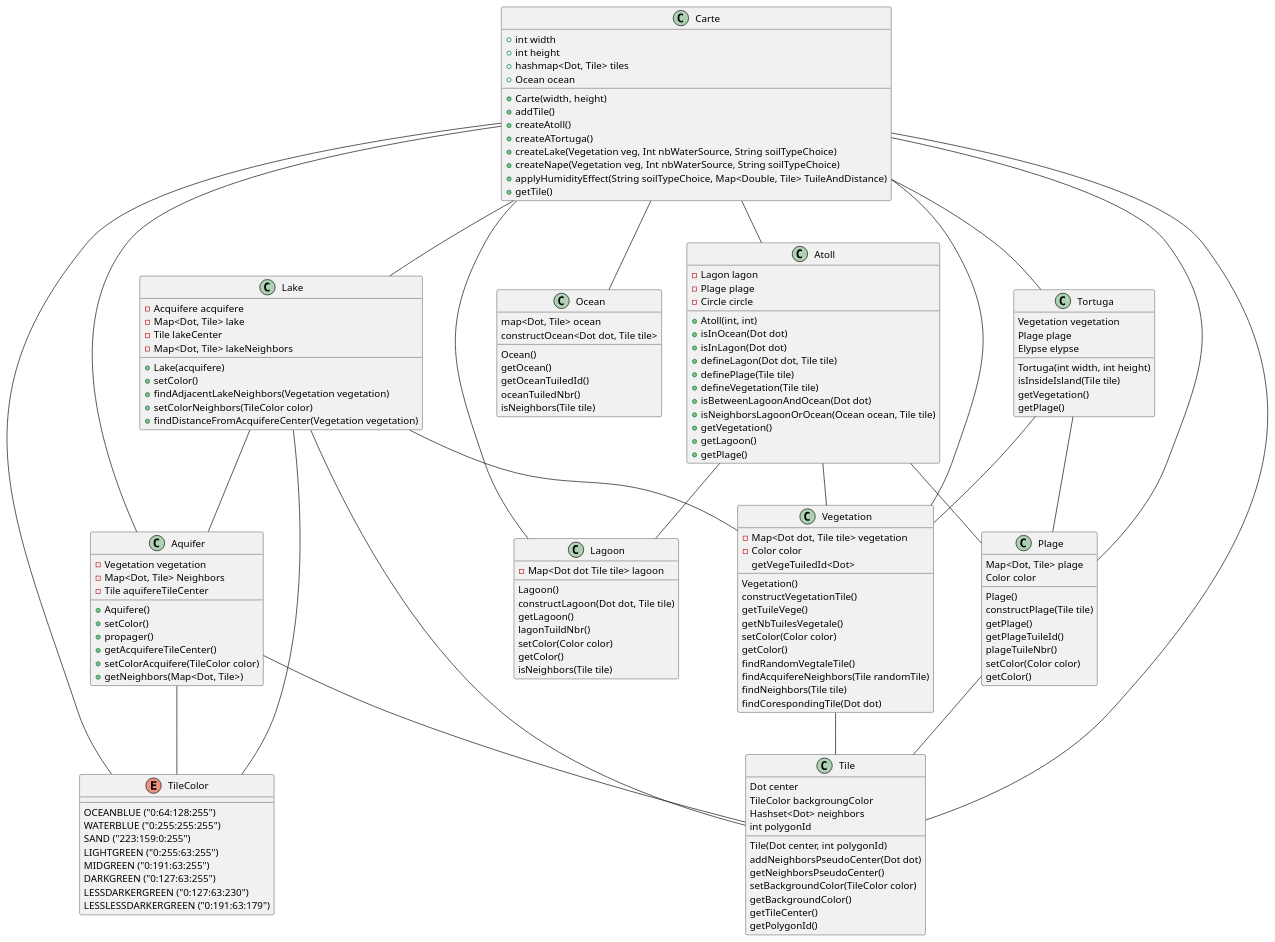
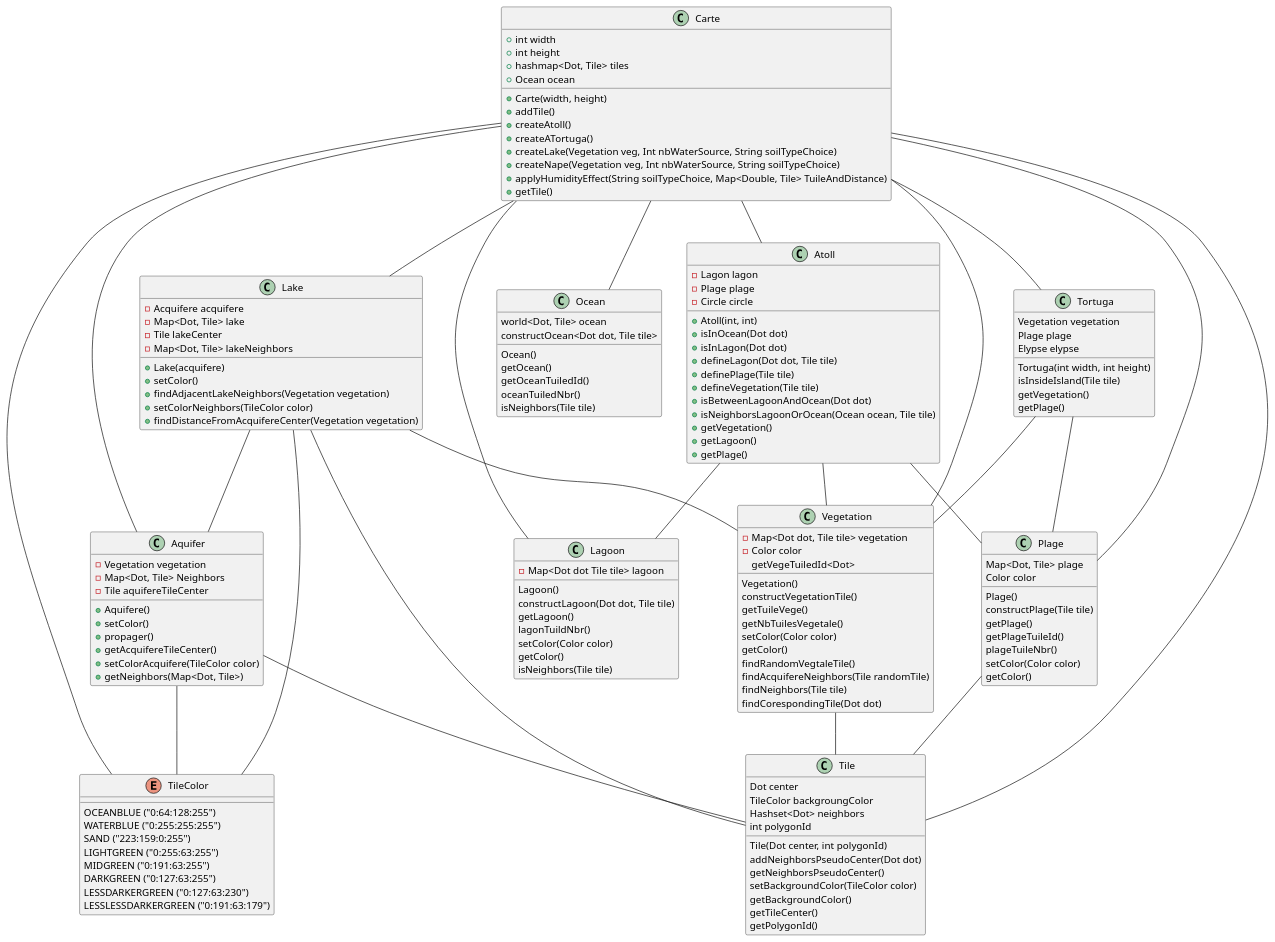
The diagram in diagrammeDeClasse_map.puml (cryptoswarm/terrain-generator), drawn with PlantUML before and after one commit. The commit also changed 16 other files, not shown here.

```diff
--- a/diagrammeDeClasse_map.puml
+++ b/diagrammeDeClasse_map.puml
@@ -1,169 +1,169 @@
 @startuml
 
 class Aquifer {
     - Vegetation vegetation
     - Map<Dot, Tile> Neighbors
     - Tile aquifereTileCenter
     + Aquifere()
     + setColor()
     + propager()
     + getAcquifereTileCenter()
     + setColorAcquifere(TileColor color)
     + getNeighbors(Map<Dot, Tile>)
 }
 
 class Atoll {
     - Lagon lagon
     - Plage plage
     - Circle circle
     + Atoll(int, int)
     + isInOcean(Dot dot)
     + isInLagon(Dot dot)
     + defineLagon(Dot dot, Tile tile)
     + definePlage(Tile tile)
     + defineVegetation(Tile tile)
     + isBetweenLagoonAndOcean(Dot dot)
     + isNeighborsLagoonOrOcean(Ocean ocean, Tile tile)
     + getVegetation()
     + getLagoon()
     + getPlage()
 }
 
 class Carte{
     + int width
     + int height
     + hashmap<Dot, Tile> tiles
     + Ocean ocean
     + Carte(width, height)
     + addTile()
     + createAtoll()
     + createATortuga()
     + createLake(Vegetation veg, Int nbWaterSource, String soilTypeChoice)
     + createNape(Vegetation veg, Int nbWaterSource, String soilTypeChoice)
     + applyHumidityEffect(String soilTypeChoice, Map<Double, Tile> TuileAndDistance)
     + getTile()
 }
 class Lagoon {
     - Map<Dot dot Tile tile> lagoon
     Lagoon()
     constructLagoon(Dot dot, Tile tile)
     getLagoon()
     lagonTuildNbr()
     setColor(Color color)
     getColor()
     isNeighbors(Tile tile)
 }
 
 class Lake{
     - Acquifere acquifere
     - Map<Dot, Tile> lake
     - Tile lakeCenter
     - Map<Dot, Tile> lakeNeighbors
     + Lake(acquifere)
     + setColor()
     + findAdjacentLakeNeighbors(Vegetation vegetation)
     + setColorNeighbors(TileColor color)
     + findDistanceFromAcquifereCenter(Vegetation vegetation)
 }
 class Ocean{
-    map<Dot, Tile> ocean
+    world<Dot, Tile> ocean
     Ocean()
     constructOcean<Dot dot, Tile tile>
     getOcean()
     getOceanTuiledId()
     oceanTuiledNbr()
     isNeighbors(Tile tile)
 }
 
 class Plage{
     Map<Dot, Tile> plage
     Color color
     Plage()
     constructPlage(Tile tile)
     getPlage()
     getPlageTuileId()
     plageTuileNbr()
     setColor(Color color)
     getColor()
 }
 
 Class Tile{
     Dot center
     TileColor backgroungColor
     Hashset<Dot> neighbors
     int polygonId
     Tile(Dot center, int polygonId)
     addNeighborsPseudoCenter(Dot dot)
     getNeighborsPseudoCenter()
     setBackgroundColor(TileColor color)
     getBackgroundColor()
     getTileCenter()
     getPolygonId()
 }
 Enum TileColor{
     OCEANBLUE ("0:64:128:255")
     WATERBLUE ("0:255:255:255")
     SAND ("223:159:0:255")
     LIGHTGREEN ("0:255:63:255")
     MIDGREEN ("0:191:63:255")
     DARKGREEN ("0:127:63:255")
     LESSDARKERGREEN ("0:127:63:230")
     LESSLESSDARKERGREEN ("0:191:63:179")
 }
 
 Class Tortuga{
     Vegetation vegetation
     Plage plage
     Elypse elypse
     Tortuga(int width, int height)
     isInsideIsland(Tile tile)
     getVegetation()
     getPlage()
 }
 
 class Vegetation{
     - Map<Dot dot, Tile tile> vegetation
     - Color color
     Vegetation()
     constructVegetationTile()
     getTuileVege()
     getVegeTuiledId<Dot>
     getNbTuilesVegetale()
     setColor(Color color)
     getColor()
     findRandomVegtaleTile()
     findAcquifereNeighbors(Tile randomTile)
     findNeighbors(Tile tile)
     findCorespondingTile(Dot dot)
 }
 
 Carte -- Atoll
 Carte -- Tortuga
 Carte -- Tile
 Carte -- Lake
 Carte -- Vegetation
 Carte -- Plage
 Carte -- Ocean
 Carte -- Aquifer
 Carte -- TileColor
 Carte -- Lagoon
 
 Aquifer -- Tile
 Aquifer -- TileColor
 
 Atoll -- Plage
 Atoll -- Vegetation
 Atoll -- Lagoon
 
 Lake -- Aquifer
 Lake -- Tile
 Lake -- TileColor
 Lake -- Vegetation
 
 Plage -- Tile
 
 Tortuga -- Plage
 Tortuga -- Vegetation
 
 Vegetation -- Tile
 @enduml
```
